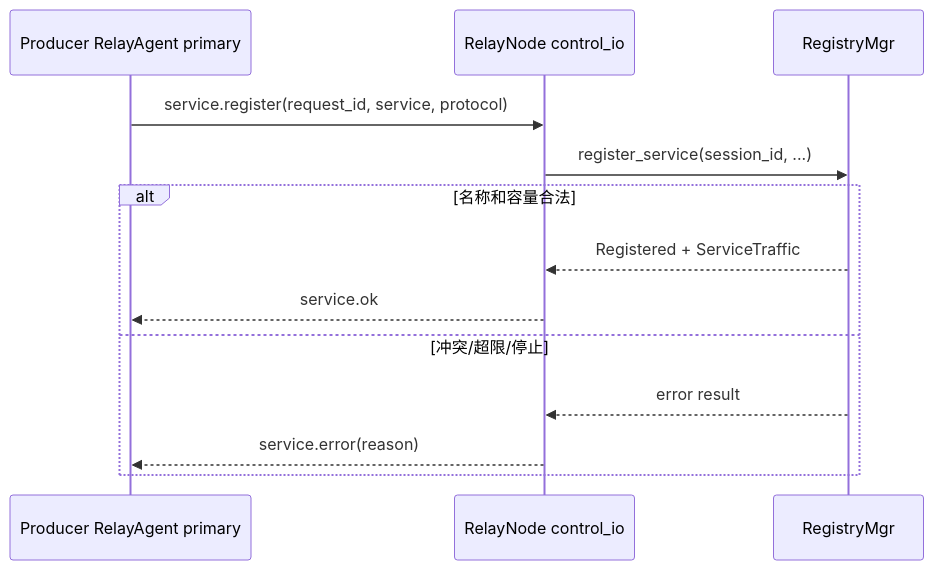
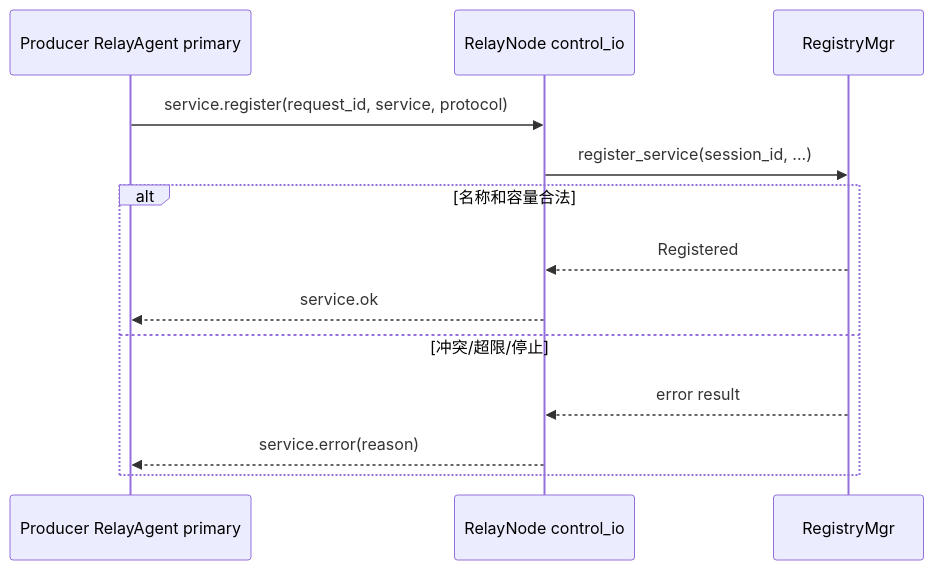
Before and after one commit to Xtinc/relayweave: the sixth of 12 diagrams in docs/RelayWeave设计.md, drawn with Mermaid. The commit also changed other lines of this file and 85 other files, not shown here.

````diff
--- a/docs/RelayWeave设计.md
+++ b/docs/RelayWeave设计.md
@@ -542,16 +517,16 @@
 ```mermaid
 sequenceDiagram
     participant P as Producer RelayAgent primary
     participant S as RelayNode control_io
     participant R as RegistryMgr
 
     P->>S: service.register(request_id, service, protocol)
     S->>R: register_service(session_id, ...)
     alt 名称和容量合法
-        R-->>S: Registered + ServiceTraffic
+        R-->>S: Registered
         S-->>P: service.ok
     else 冲突/超限/停止
         R-->>S: error result
         S-->>P: service.error(reason)
     end
 ```
````
